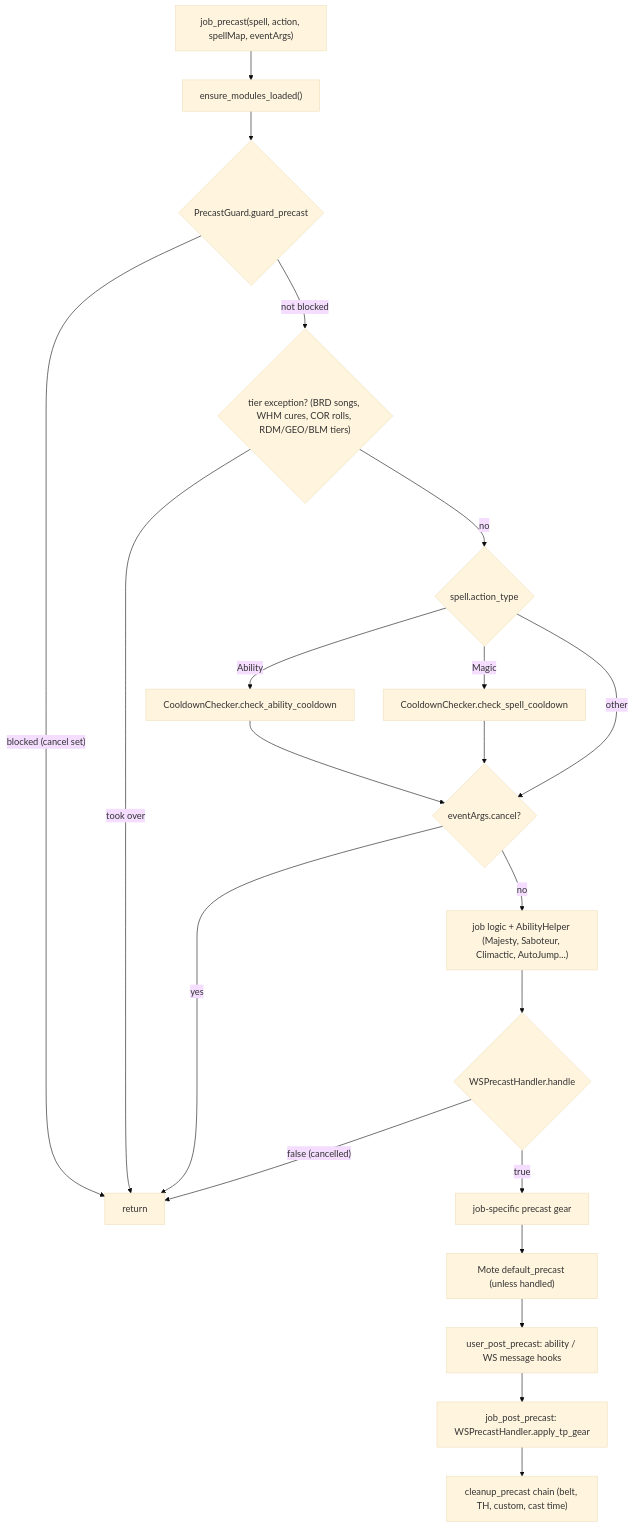
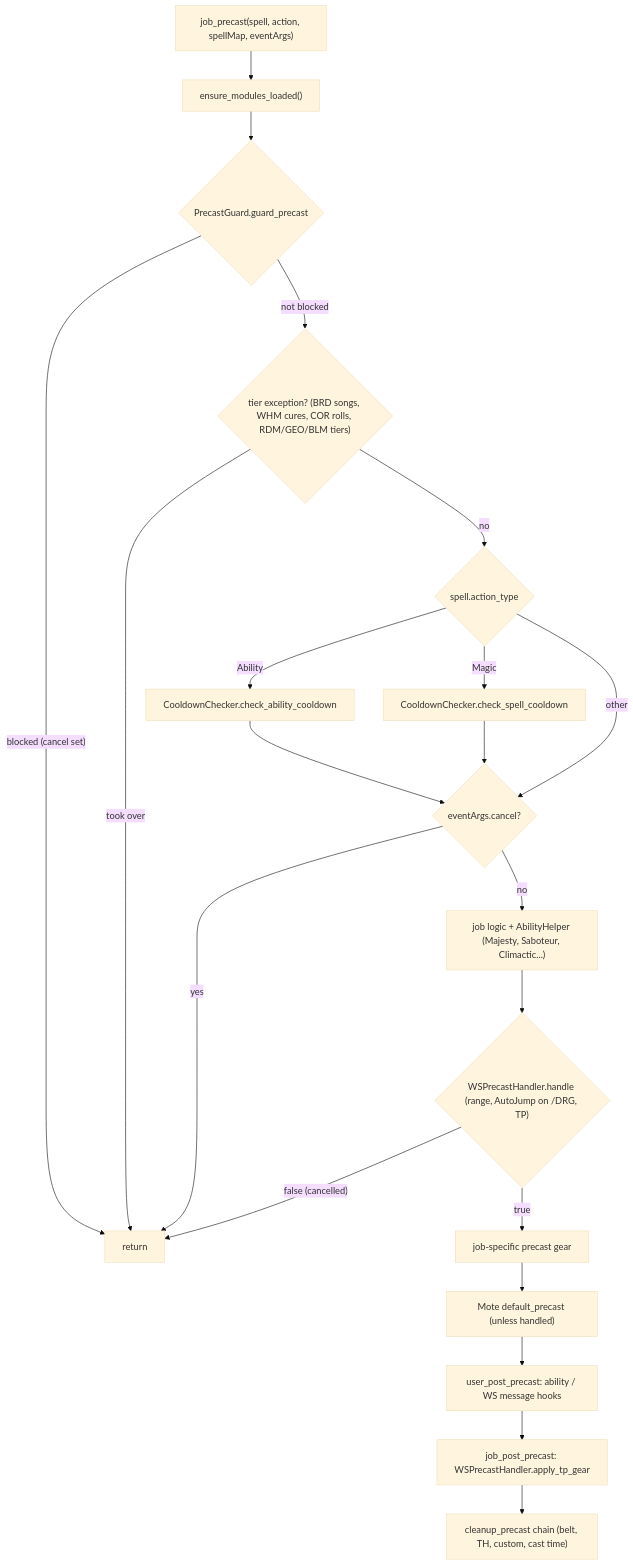
One commit to ejouanchicot/Gearswap changed the first of 3 diagrams in docs/dev/systems/precast-pipeline.md. Above: the diagram before and after it, drawn with Mermaid (base theme). The commit also changed other lines of this file and 90 other files, not shown here.

First line of the commit message:
docs: _common, WHERE-IS-WHAT.txt, smartbuff and Jump Auto on every job

````diff
--- a/docs/dev/systems/precast-pipeline.md
+++ b/docs/dev/systems/precast-pipeline.md
@@ -173,23 +173,23 @@
 ```mermaid
 flowchart TD
     A["job_precast(spell, action, spellMap, eventArgs)"] --> B["ensure_modules_loaded()"]
     B --> C{"PrecastGuard.guard_precast"}
     C -- "blocked (cancel set)" --> X["return"]
     C -- "not blocked" --> T{"tier exception? (BRD songs, WHM cures, COR rolls, RDM/GEO/BLM tiers)"}
     T -- "took over" --> X
     T -- "no" --> D{"spell.action_type"}
     D -- "Ability" --> E["CooldownChecker.check_ability_cooldown"]
     D -- "Magic" --> F["CooldownChecker.check_spell_cooldown"]
     E --> G{"eventArgs.cancel?"}
     F --> G
     D -- "other" --> G
     G -- yes --> X
-    G -- no --> H["job logic + AbilityHelper (Majesty, Saboteur, Climactic, AutoJump...)"]
-    H --> I{"WSPrecastHandler.handle"}
+    G -- no --> H["job logic + AbilityHelper (Majesty, Saboteur, Climactic...)"]
+    H --> I{"WSPrecastHandler.handle (range, AutoJump on /DRG, TP)"}
     I -- "false (cancelled)" --> X
     I -- "true" --> J["job-specific precast gear"]
     J --> K["Mote default_precast (unless handled)"]
     K --> L["user_post_precast: ability / WS message hooks"]
     L --> M["job_post_precast: WSPrecastHandler.apply_tp_gear"]
     M --> N["cleanup_precast chain (belt, TH, custom, cast time)"]
 ```
````
